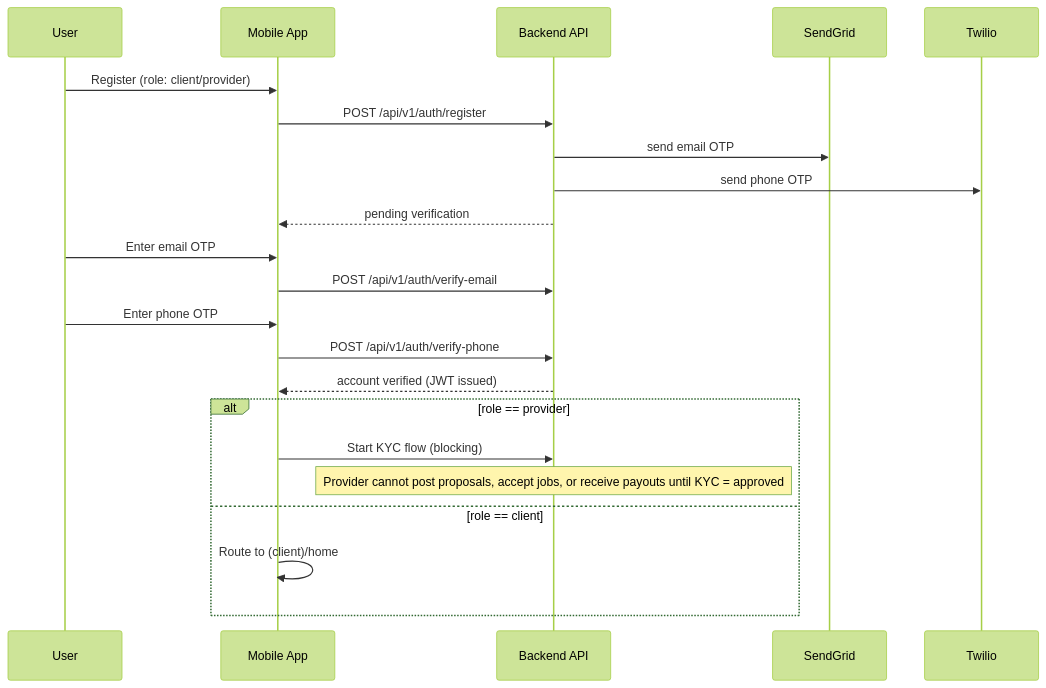
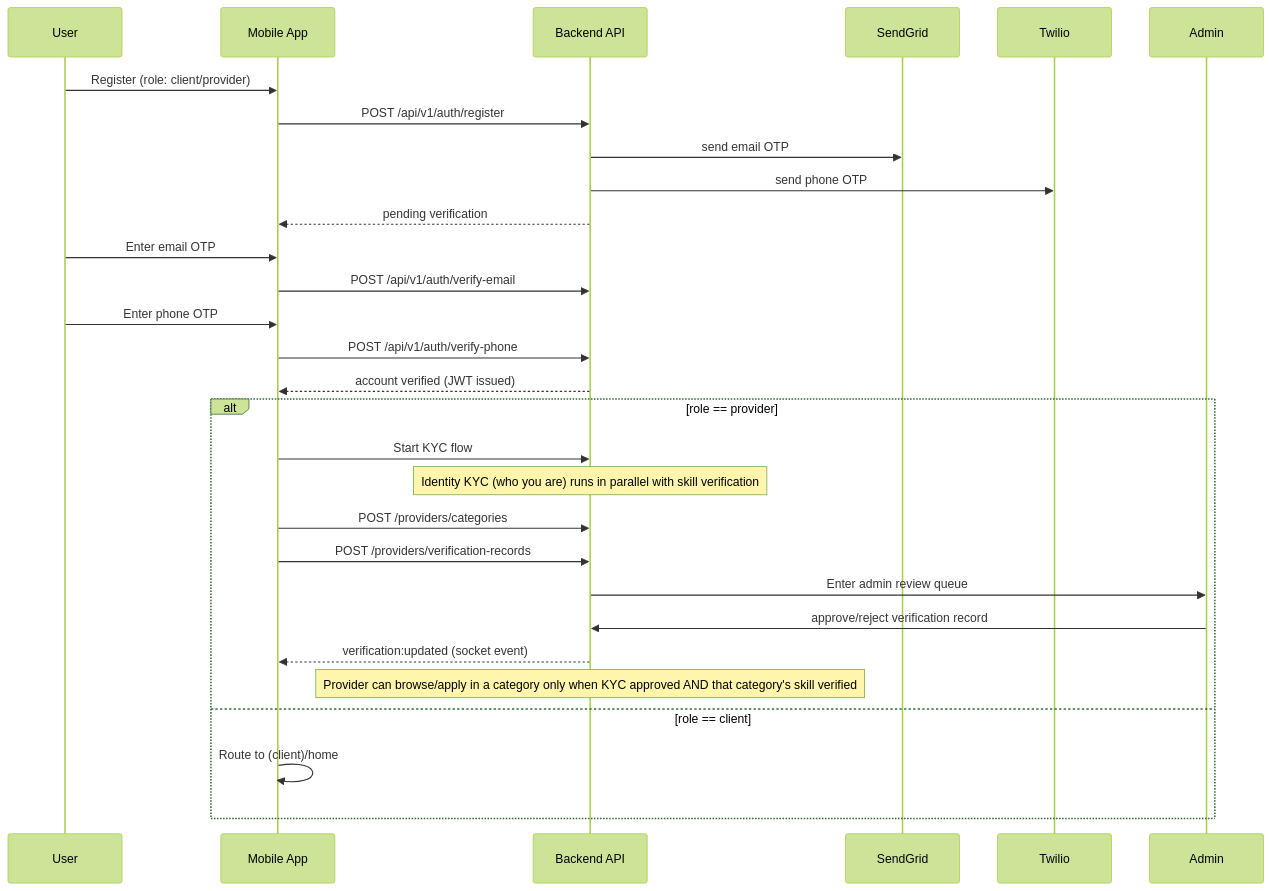
One commit to Ubaid123678/DO_IT_Platfom changed the second of 13 diagrams in docs/LLM_ARCHITECTURE_PACK.md. Above: the diagram before and after it, drawn with Mermaid (forest theme). The commit also changed other lines of this file and 5 other files, not shown here.

Commit message:
documentation updation for provider onboarding verification

````diff
--- a/docs/LLM_ARCHITECTURE_PACK.md
+++ b/docs/LLM_ARCHITECTURE_PACK.md
@@ -127,25 +129,32 @@
 ```mermaid
 sequenceDiagram
     participant U as User
     participant App as Mobile App
     participant API as Backend API
     participant SendGrid
     participant Twilio
+    participant Admin as Admin
 
     U->>App: Register (role: client/provider)
     App->>API: POST /api/v1/auth/register
     API->>SendGrid: send email OTP
     API->>Twilio: send phone OTP
     API-->>App: pending verification
     U->>App: Enter email OTP
     App->>API: POST /api/v1/auth/verify-email
     U->>App: Enter phone OTP
     App->>API: POST /api/v1/auth/verify-phone
     API-->>App: account verified (JWT issued)
     alt role == provider
-        App->>API: Start KYC flow (blocking)
-        Note over API: Provider cannot post proposals, accept jobs, or receive payouts until KYC = approved
+        App->>API: Start KYC flow
+        Note over API: Identity KYC (who you are) runs in parallel with skill verification
+        App->>API: POST /providers/categories
+        App->>API: POST /providers/verification-records
+        API->>Admin: Enter admin review queue
+        Admin->>API: approve/reject verification record
+        API-->>App: verification:updated (socket event)
+        Note over API: Provider can browse/apply in a category only when KYC approved AND that category's skill verified
     else role == client
         App->>App: Route to (client)/home
     end
 ```
````
